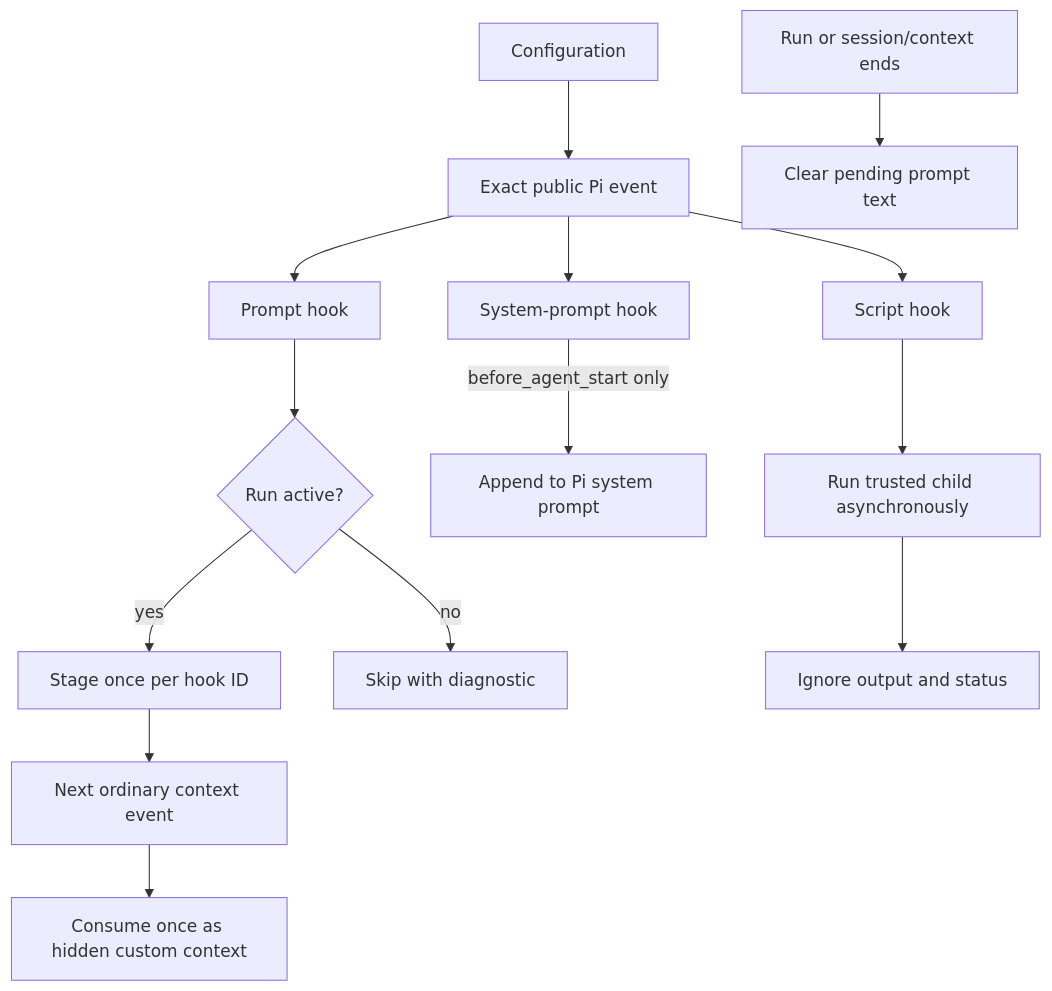
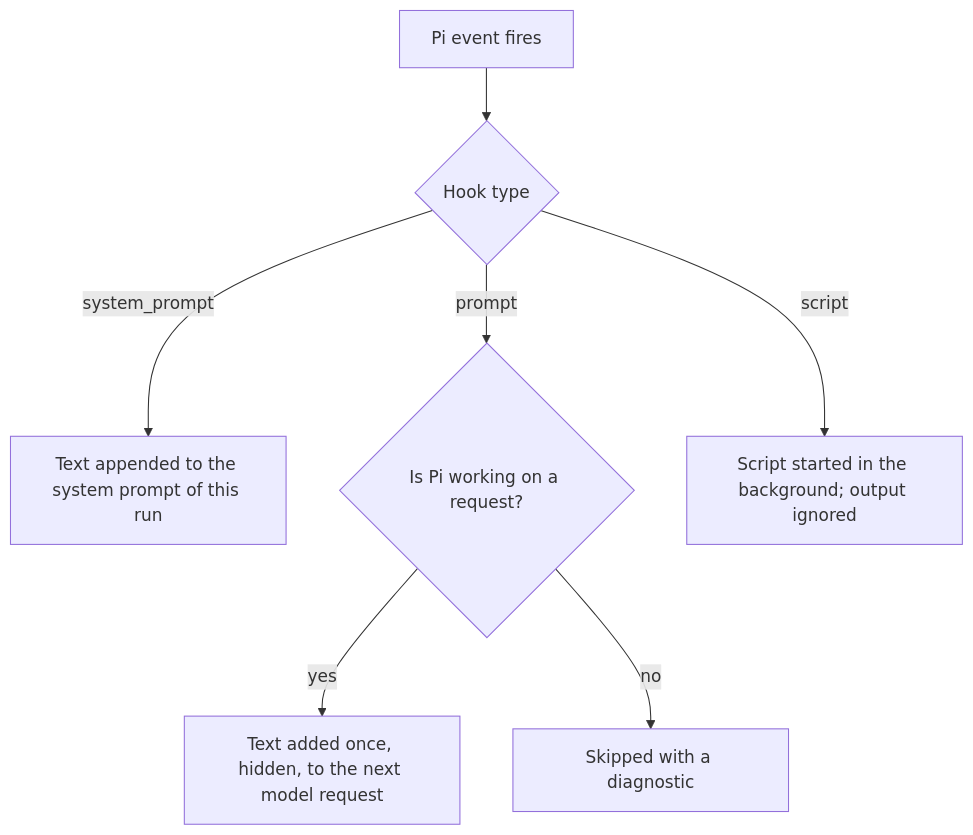
One commit to aadegtyarev/pi-plugins changed the diagram in pi-ad-hooks/reference.md. Above: the diagram before and after it, drawn with Mermaid. The commit also changed other lines of this file and 57 other files, not shown here.

````diff
--- a/pi-ad-hooks/reference.md
+++ b/pi-ad-hooks/reference.md
@@ -21,16 +27,9 @@
 ```mermaid
 flowchart TD
-    Config[Configuration] --> Event[Exact public Pi event]
-    Event --> Prompt[Prompt hook]
-    Prompt --> Active{Run active?}
-    Active -->|yes| Stage[Stage once per hook ID]
-    Active -->|no| Skip[Skip with diagnostic]
-    Stage --> Context[Next ordinary context event]
-    Context --> Message[Consume once as hidden custom context]
-    Event --> System[System-prompt hook]
-    System -->|before_agent_start only| Append[Append to Pi system prompt]
-    Event --> Script[Script hook]
-    Script --> Child[Run trusted child asynchronously]
-    Child --> Ignore[Ignore output and status]
-    Settled[Run or session/context ends] --> Clear[Clear pending prompt text]
+    Event[Pi event fires] --> Type{Hook type}
+    Type -->|system_prompt| Append[Text appended to the system prompt of this run]
+    Type -->|prompt| Running{Is Pi working on a request?}
+    Running -->|yes| Next[Text added once, hidden, to the next model request]
+    Running -->|no| Skip[Skipped with a diagnostic]
+    Type -->|script| Script[Script started in the background; output ignored]
 ```
````
